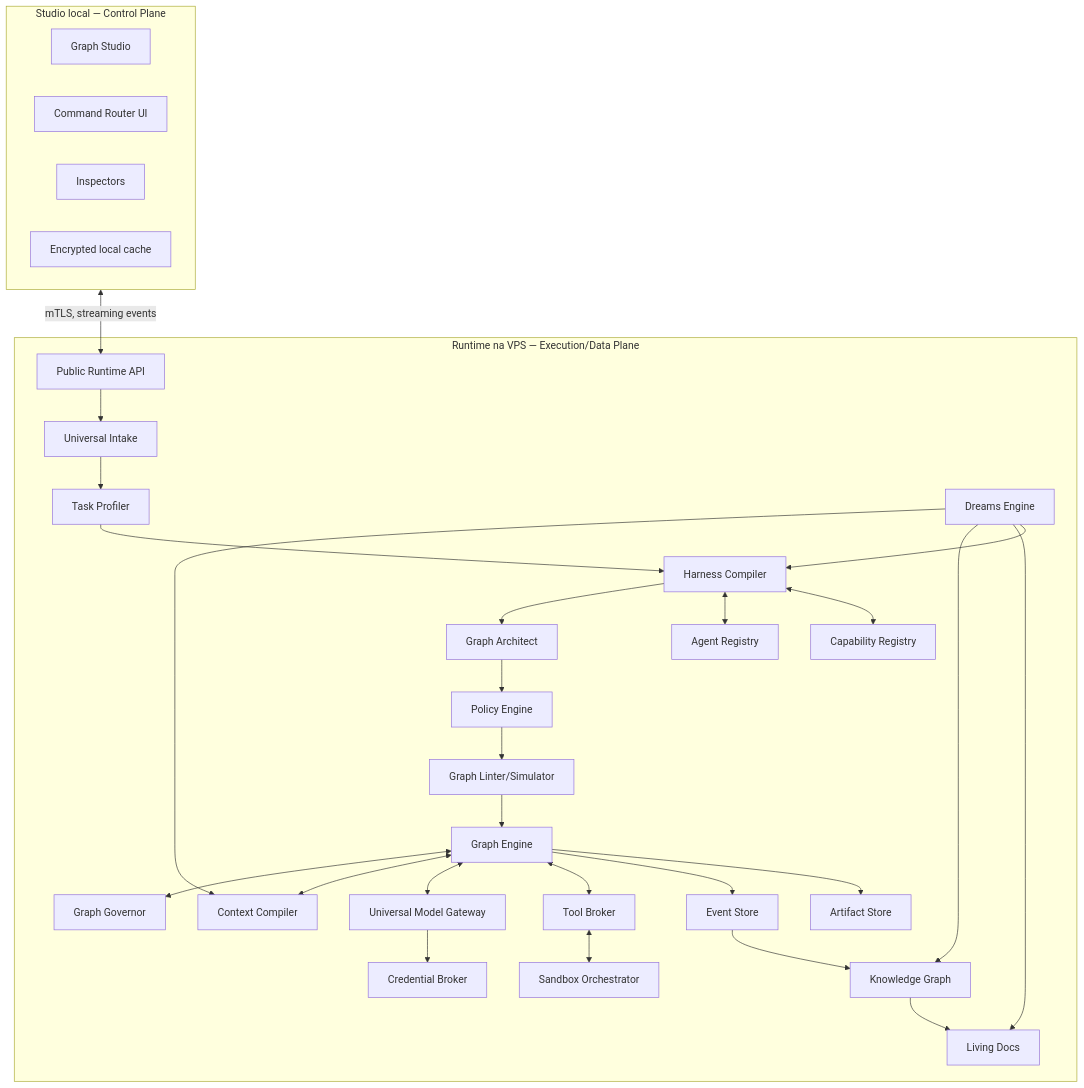
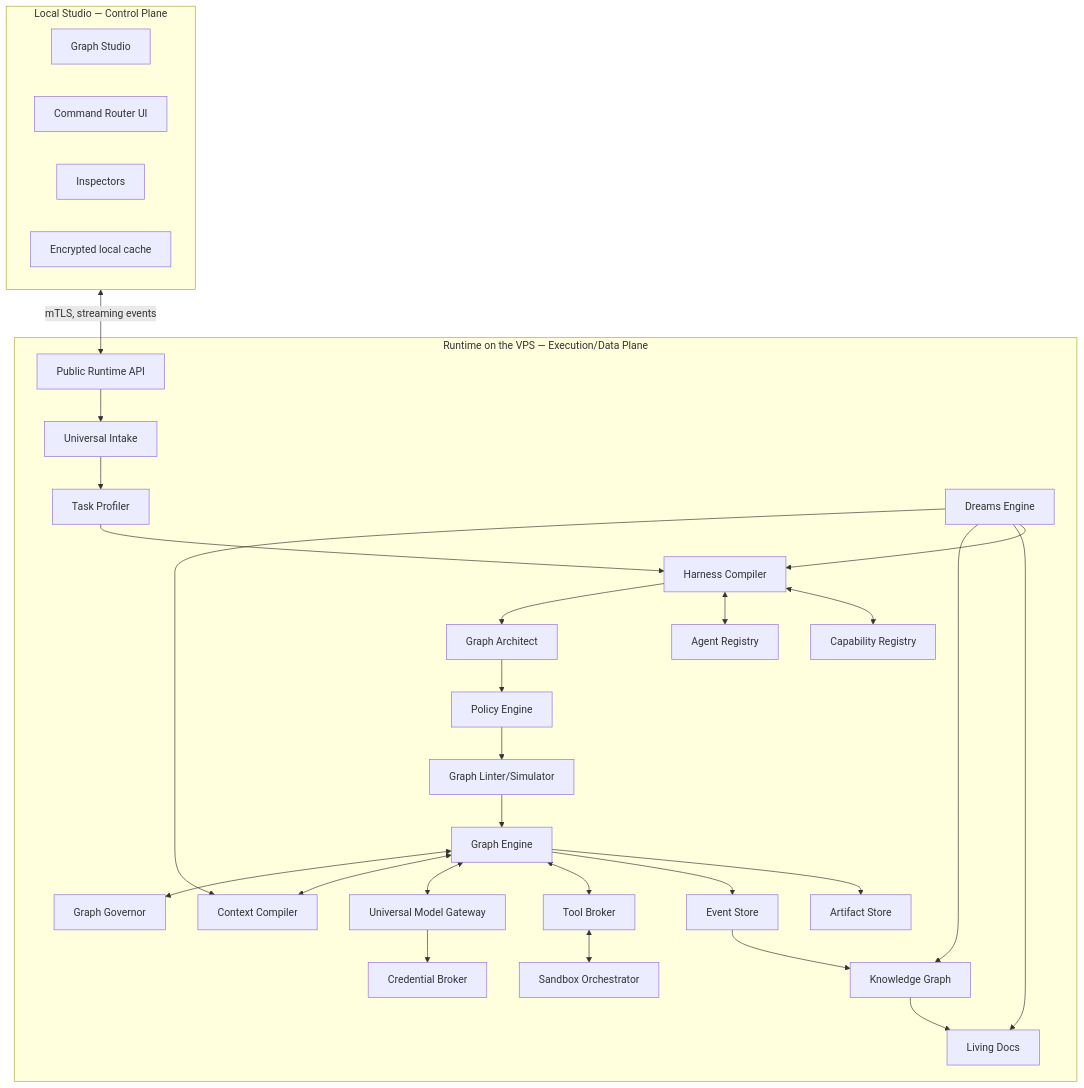
The diagram in docs/architecture/SYSTEM_ARCHITECTURE.md (stabem/GraphHelm), drawn with Mermaid before and after one commit. The commit also changed other lines of this file and 25 other files, not shown here.

````diff
--- a/docs/architecture/SYSTEM_ARCHITECTURE.md
+++ b/docs/architecture/SYSTEM_ARCHITECTURE.md
@@ -7,53 +7,53 @@
 ```mermaid
 flowchart TB
-    subgraph Desktop[Studio local — Control Plane]
+    subgraph Desktop[Local Studio — Control Plane]
       UI[Graph Studio]
       CHAT[Command Router UI]
       INS[Inspectors]
       CACHE[Encrypted local cache]
     end
 
-    subgraph VPS[Runtime na VPS — Execution/Data Plane]
+    subgraph VPS[Runtime on the VPS — Execution/Data Plane]
       API[Public Runtime API]
       INT[Universal Intake]
       PROF[Task Profiler]
       HC[Harness Compiler]
       GA[Graph Architect]
       PE[Policy Engine]
       GL[Graph Linter/Simulator]
       GE[Graph Engine]
       GG[Graph Governor]
       CC[Context Compiler]
       AR[Agent Registry]
       CR[Capability Registry]
       MG[Universal Model Gateway]
       TB[Tool Broker]
       SO[Sandbox Orchestrator]
       DE[Dreams Engine]
       ES[Event Store]
       KG[Knowledge Graph]
       LD[Living Docs]
       AS[Artifact Store]
       CB[Credential Broker]
     end
 
     Desktop <-->|mTLS, streaming events| API
     API --> INT
     INT --> PROF --> HC
     HC --> GA --> PE --> GL --> GE
     GE <--> GG
     GE <--> CC
     GE <--> MG
     GE <--> TB
     TB <--> SO
     HC <--> AR
     HC <--> CR
     DE --> CC
     DE --> KG
     DE --> LD
     DE --> HC
     ES --> KG --> LD
     GE --> ES
     GE --> AS
     MG --> CB
 ```
````
